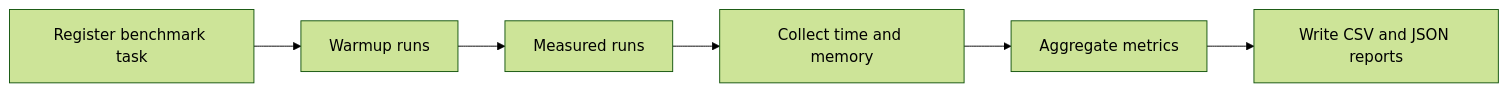
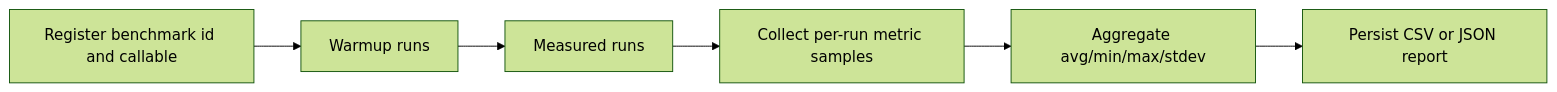
One commit to CSE498/Spring2026-CompanyB changed the diagram in benchmarking/Benchmarking.md. Above: the diagram before and after it, drawn with Mermaid (forest theme). The commit also changed other lines of this file and 1 other file, not shown here.

````diff
--- a/benchmarking/Benchmarking.md
+++ b/benchmarking/Benchmarking.md
@@ -48,8 +37,8 @@
 ```mermaid
 flowchart LR
-    A[Register benchmark task] --> B[Warmup runs]
+    A[Register benchmark id and callable] --> B[Warmup runs]
     B --> C[Measured runs]
-    C --> D[Collect time and memory]
-    D --> E[Aggregate metrics]
-    E --> F[Write CSV and JSON reports]
+    C --> D[Collect per-run metric samples]
+    D --> E[Aggregate avg/min/max/stdev]
+    E --> F[Persist CSV or JSON report]
 ```
````
